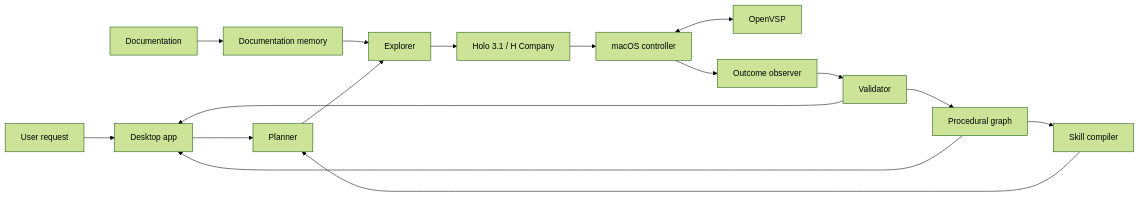
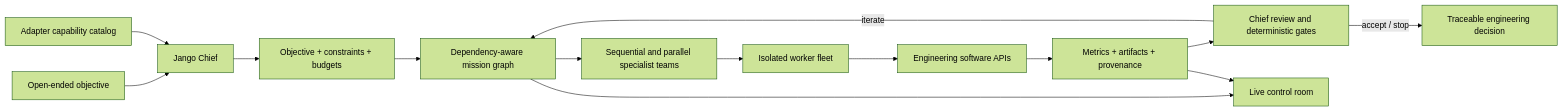
One commit to hugoooc/Jango-AGI changed the diagram in README.md. Above: the diagram before and after it, drawn with Mermaid (forest theme). The commit also changed other lines of this file and 14 other files, not shown here.

````diff
--- a/README.md
+++ b/README.md
@@ -89,18 +33,16 @@
 ```mermaid
 flowchart LR
-    User["User request"] --> Desktop["Desktop app"]
-    Docs["Documentation"] --> Memory["Documentation memory"]
-    Desktop --> Planner["Planner"]
-    Memory --> Explorer["Explorer"]
-    Planner --> Explorer
-    Explorer --> Holo["Holo 3.1 / H Company"]
-    Holo --> Controller["macOS controller"]
-    Controller <--> OpenVSP["OpenVSP"]
-    Controller --> Observer["Outcome observer"]
-    Observer --> Validator["Validator"]
-    Validator --> Graph["Procedural graph"]
-    Graph --> Compiler["Skill compiler"]
-    Compiler --> Planner
-    Graph --> Desktop
-    Validator --> Desktop
+    User["Open-ended objective"] --> Jango["Jango Chief"]
+    Catalog["Adapter capability catalog"] --> Jango
+    Jango --> Contract["Objective + constraints + budgets"]
+    Contract --> Plan["Dependency-aware mission graph"]
+    Plan --> Teams["Sequential and parallel specialist teams"]
+    Teams --> Fleet["Isolated worker fleet"]
+    Fleet --> APIs["Engineering software APIs"]
+    APIs --> Evidence["Metrics + artifacts + provenance"]
+    Evidence --> Review["Chief review and deterministic gates"]
+    Review -->|iterate| Plan
+    Review -->|accept / stop| Result["Traceable engineering decision"]
+    Plan --> UI["Live control room"]
+    Evidence --> UI
 ```
````
